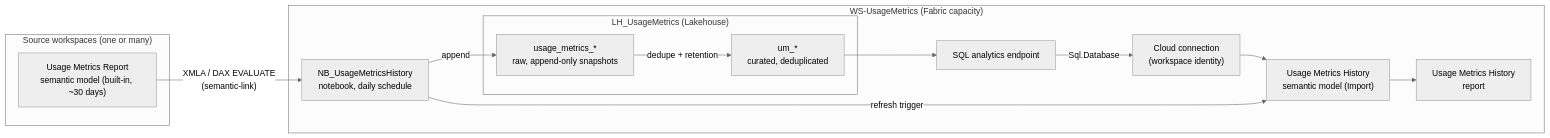
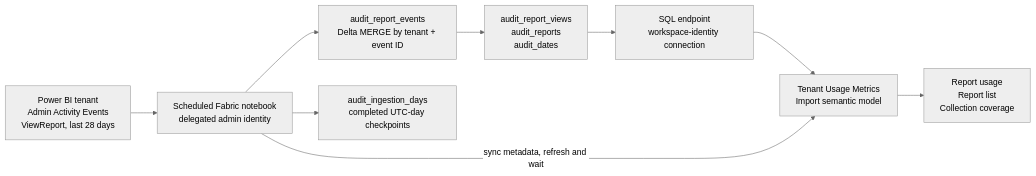
Before and after one commit to sanaullahsanai/fabric-usage-metrics-history: the diagram in docs/architecture.md, drawn with Mermaid (neutral theme). The commit also changed other lines of this file and 7 other files, not shown here.

First line of the commit message:
Replace XMLA snapshots with tenant-wide Activity Events usage history

````diff
--- a/docs/architecture.md
+++ b/docs/architecture.md
@@ -5,26 +3,14 @@
 ```mermaid
 flowchart LR
-    subgraph SRC["Source workspaces (one or many)"]
-        UMR["Usage Metrics Report<br/>semantic model (built-in, ~30 days)"]
-    end
-
-    subgraph WS["WS-UsageMetrics (Fabric capacity)"]
-        NB["NB_UsageMetricsHistory<br/>notebook, daily schedule"]
-        subgraph LH["LH_UsageMetrics (Lakehouse)"]
-            RAW["usage_metrics_*<br/>raw, append-only snapshots"]
-            CUR["um_*<br/>curated, deduplicated"]
-        end
-        SQL["SQL analytics endpoint"]
-        CONN["Cloud connection<br/>(workspace identity)"]
-        SM["Usage Metrics History<br/>semantic model (Import)"]
-        RPT["Usage Metrics History<br/>report"]
-    end
-
-    UMR -- "XMLA / DAX EVALUATE<br/>(semantic-link)" --> NB
-    NB -- "append" --> RAW
-    RAW -- "dedupe + retention" --> CUR
-    CUR --> SQL
-    SQL -- "Sql.Database" --> CONN --> SM
-    NB -- "refresh trigger" --> SM
-    SM --> RPT
+    A["Power BI tenant<br/>Admin Activity Events<br/>ViewReport, last 28 days"]
+    B["Scheduled Fabric notebook<br/>delegated admin identity"]
+    C["audit_report_events<br/>Delta MERGE by tenant + event ID"]
+    D["audit_ingestion_days<br/>completed UTC-day checkpoints"]
+    E["audit_report_views<br/>audit_reports<br/>audit_dates"]
+    F["SQL endpoint<br/>workspace-identity connection"]
+    G["Tenant Usage Metrics<br/>Import semantic model"]
+    H["Report usage<br/>Report list<br/>Collection coverage"]
+    A --> B --> C --> E --> F --> G --> H
+    B --> D
+    B -->|"sync metadata, refresh and wait"| G
 ```
````
